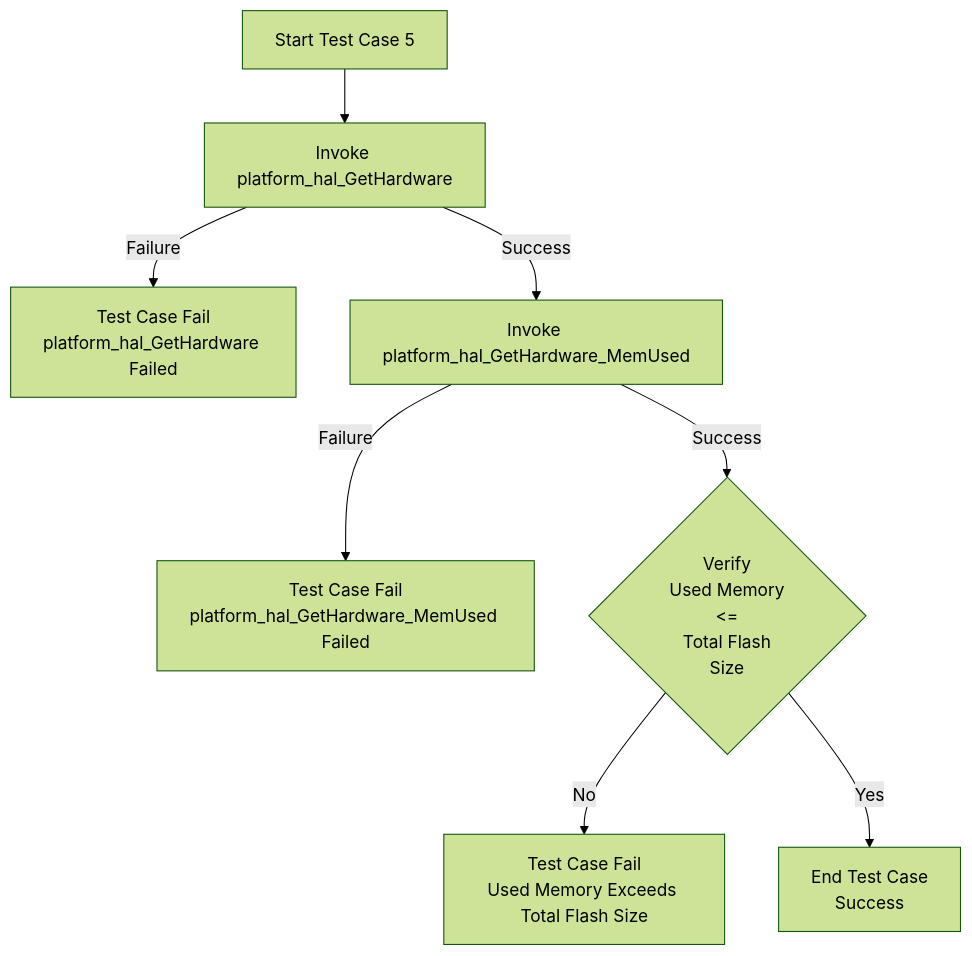
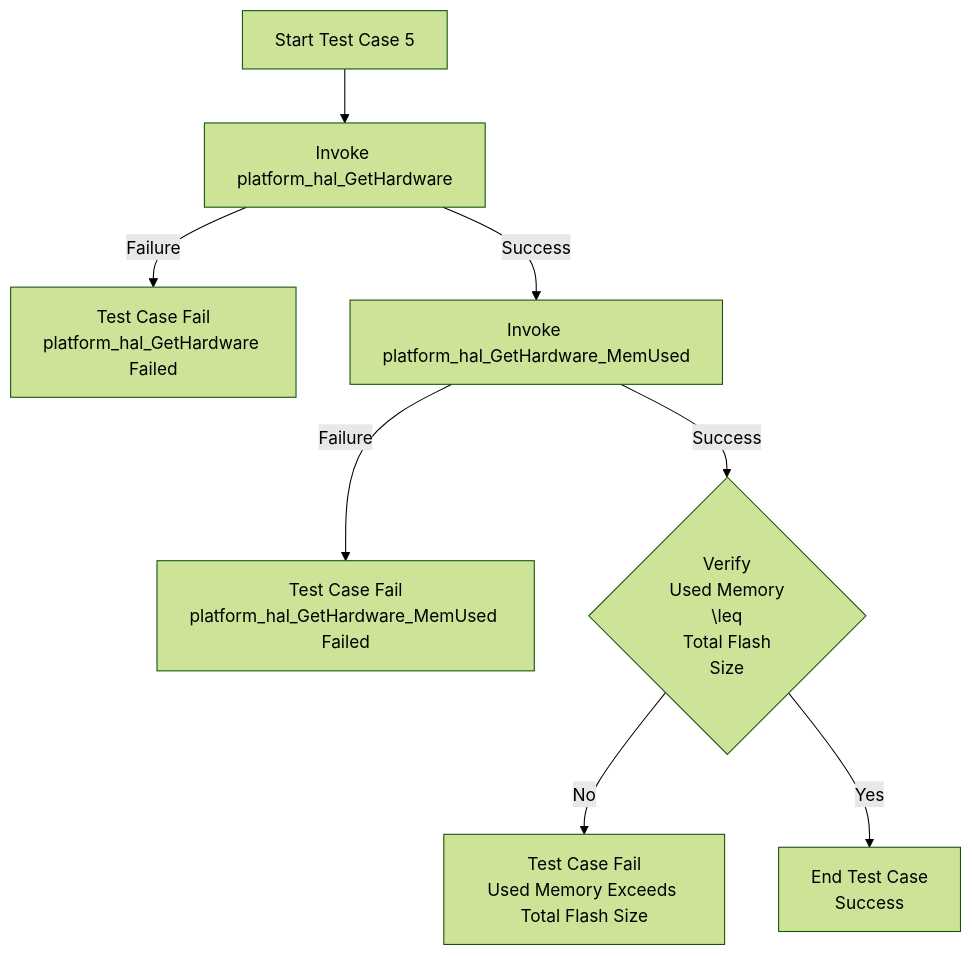
Before and after one commit to rdkcentral/rdkb-halif-test-platform: the fifth of 14 diagrams in docs/pages/platform_hal_mermaid.md, drawn with Mermaid (forest theme).

````diff
--- a/docs/pages/platform_hal_mermaid.md
+++ b/docs/pages/platform_hal_mermaid.md
@@ -67,10 +67,10 @@
 ```mermaid
 flowchart TD
     A[Start Test Case 5] --> B[Invoke platform_hal_GetHardware]
     B -->|Failure| X[Test Case Fail<br>platform_hal_GetHardware Failed]
     B -->|Success| C[Invoke platform_hal_GetHardware_MemUsed]
     C -->|Failure| Y[Test Case Fail<br>platform_hal_GetHardware_MemUsed Failed]
-    C -->|Success| D{Verify <br>Used Memory <br> &lt;= <br> Total Flash <br> Size}
+    C -->|Success| D{Verify <br>Used Memory <br> \leq <br> Total Flash <br> Size}
     D -->|No| F[Test Case Fail<br>Used Memory Exceeds Total Flash Size]
     D -->|Yes| E[End Test Case<br>Success]
 ```
````
